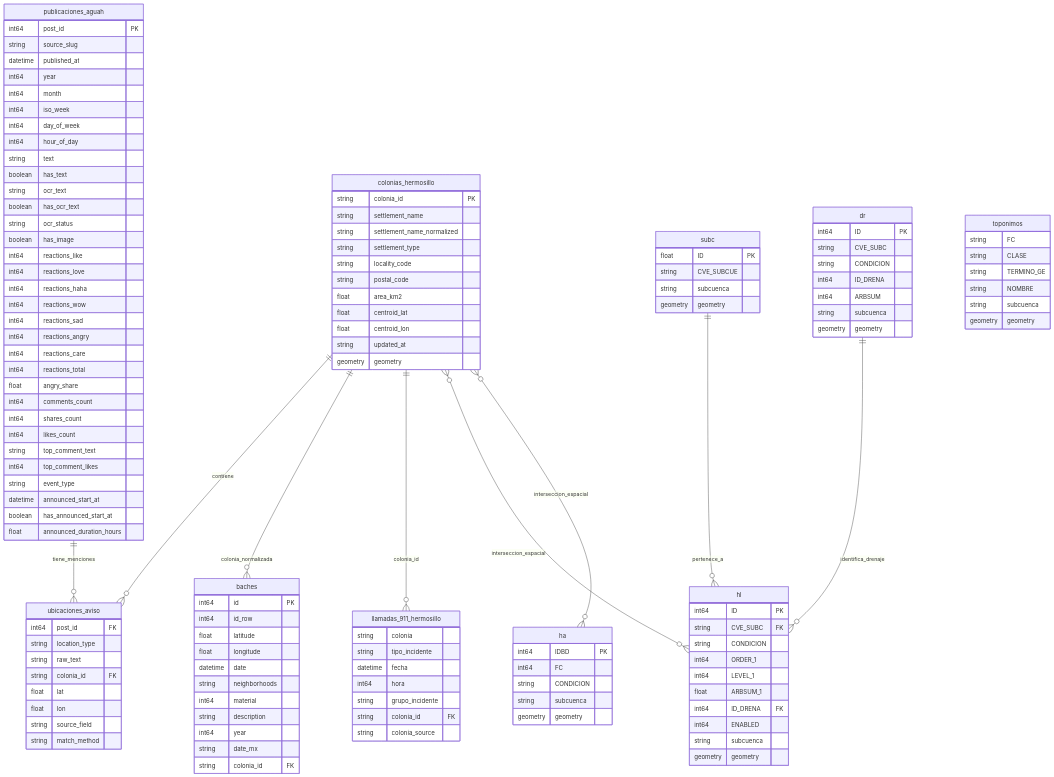
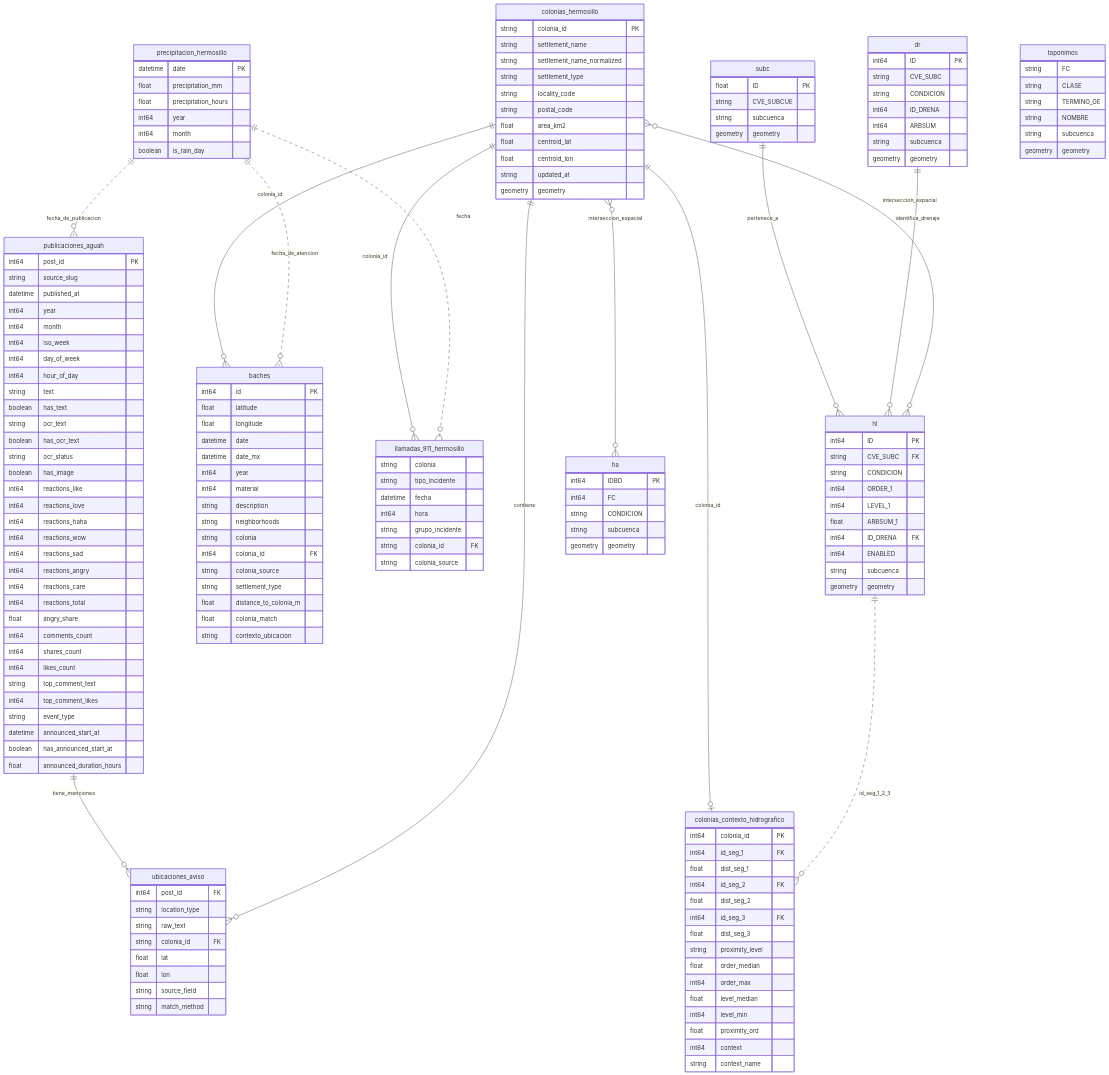
The diagram in references/esquema_datos.md (Mcd-2026-2-IngC-Team/proyecto-ingenieria-de-caracteristicas), drawn with Mermaid before and after one commit. The commit also changed other lines of this file and 12 other files, not shown here.

Commit message:
docs: poner al día las cinco V, el esquema y los diccionarios con 911, lluvia, contextos y baches con colonia, y agregar reglas Pandera para esos datasets

```diff
--- a/references/esquema_datos.md
+++ b/references/esquema_datos.md
@@ -12,8 +12,13 @@
 erDiagram
     publicaciones_aguah ||--o{ ubicaciones_aviso : tiene_menciones
     colonias_hermosillo ||--o{ ubicaciones_aviso : contiene
-    colonias_hermosillo ||--o{ baches : colonia_normalizada
+    colonias_hermosillo ||--o{ baches : colonia_id
     colonias_hermosillo ||--o{ llamadas_911_hermosillo : colonia_id
+    colonias_hermosillo ||--o| colonias_contexto_hidrografico : colonia_id
+    precipitacion_hermosillo ||..o{ llamadas_911_hermosillo : fecha
+    precipitacion_hermosillo ||..o{ baches : fecha_de_atencion
+    precipitacion_hermosillo ||..o{ publicaciones_aguah : fecha_de_publicacion
+    hl ||..o{ colonias_contexto_hidrografico : id_seg_1_2_3
     subc ||--o{ hl : pertenece_a
     dr ||--o{ hl : identifica_drenaje
     colonias_hermosillo }o--o{ hl : interseccion_espacial
@@ -81,16 +86,21 @@
 
     baches {
         int64 id PK
-        int64 id_row
         float latitude
         float longitude
         datetime date
-        string neighborhoods
+        datetime date_mx
+        int64 year
         int64 material
         string description
-        int64 year
-        string date_mx
-        string colonia_id FK
+        string neighborhoods
+        string colonia
+        int64 colonia_id FK
+        string colonia_source
+        string settlement_type
+        float distance_to_colonia_m
+        float colonia_match
+        string contexto_ubicacion
     }
 
     llamadas_911_hermosillo {
@@ -101,6 +111,33 @@
         string grupo_incidente
         string colonia_id FK
         string colonia_source
+    }
+
+    precipitacion_hermosillo {
+        datetime date PK
+        float precipitation_mm
+        float precipitation_hours
+        int64 year
+        int64 month
+        boolean is_rain_day
+    }
+
+    colonias_contexto_hidrografico {
+        int64 colonia_id PK
+        int64 id_seg_1 FK
+        float dist_seg_1
+        int64 id_seg_2 FK
+        float dist_seg_2
+        int64 id_seg_3 FK
+        float dist_seg_3
+        string proximity_level
+        float order_median
+        int64 order_max
+        float level_median
+        int64 level_min
+        float proximity_ord
+        int64 context
+        string context_name
     }
 
     subc {
```
